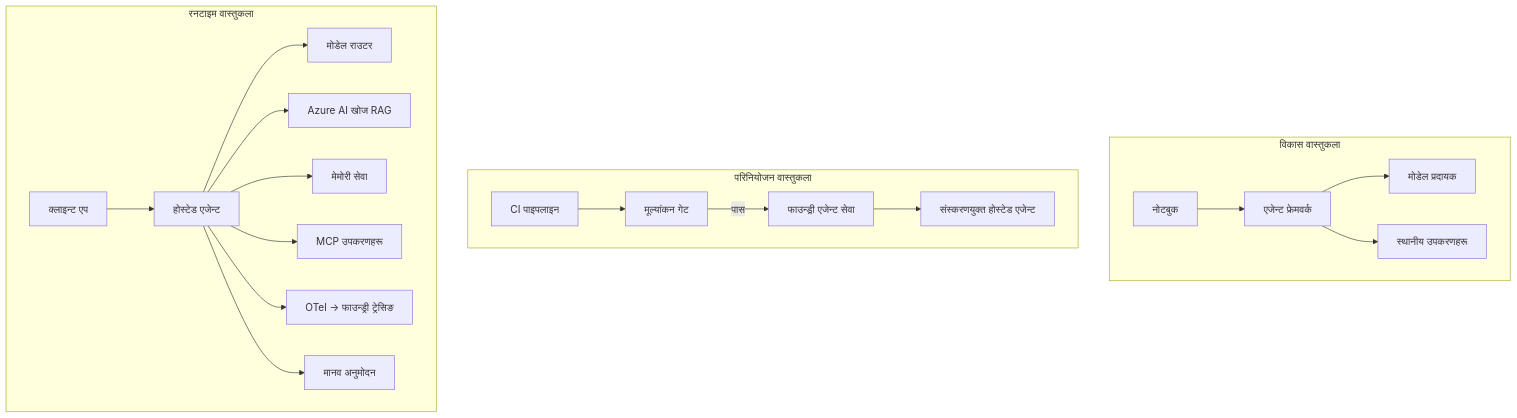
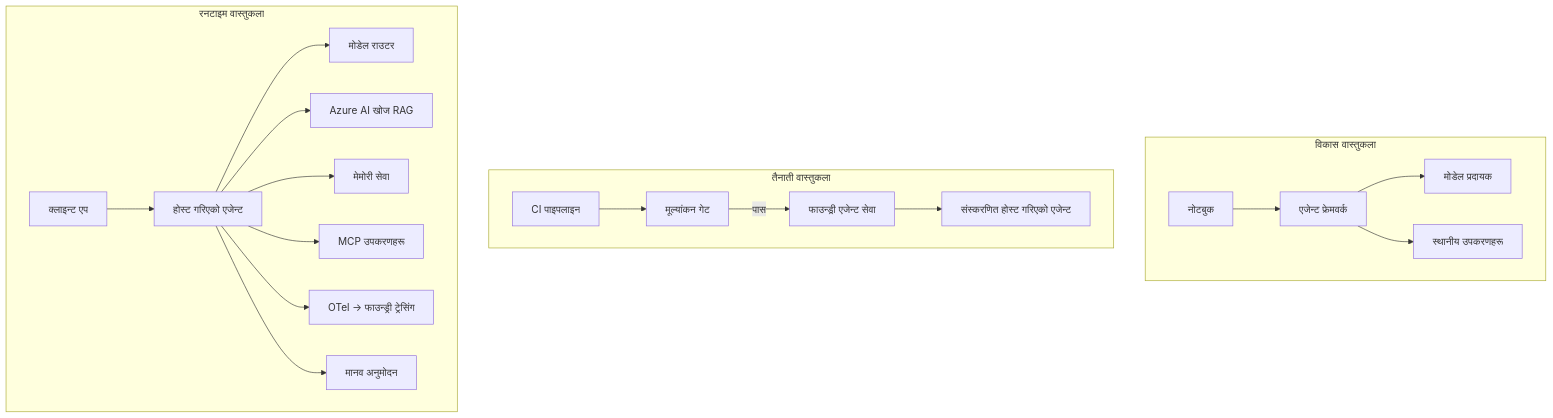
The fourth of 4 diagrams in translations/ne/16-deploying-scalable-agents/README.md (microsoft/ai-agents-for-beginners), drawn with Mermaid before and after one commit. The commit also changed other lines of this file and 45 other files, not shown here.

````diff
--- a/translations/ne/16-deploying-scalable-agents/README.md
+++ b/translations/ne/16-deploying-scalable-agents/README.md
@@ -185,22 +185,22 @@
 ```mermaid
 flowchart TB
     subgraph Dev[विकास वास्तुकला]
         D1[नोटबुक] --> D2[एजेन्ट फ्रेमवर्क]
         D2 --> D3[मोडेल प्रदायक]
         D2 --> D4[स्थानीय उपकरणहरू]
     end
-    subgraph Deploy[परिनियोजन वास्तुकला]
+    subgraph Deploy[तैनाती वास्तुकला]
         E1[CI पाइपलाइन] --> E2[मूल्यांकन गेट]
         E2 -->|पास| E3[फाउन्ड्री एजेन्ट सेवा]
-        E3 --> E4[संस्करणयुक्त होस्टेड एजेन्ट]
+        E3 --> E4[संस्करणित होस्ट गरिएको एजेन्ट]
     end
     subgraph Run[रनटाइम वास्तुकला]
-        F1[क्लाइन्ट एप] --> F2[होस्टेड एजेन्ट]
+        F1[क्लाइन्ट एप] --> F2[होस्ट गरिएको एजेन्ट]
         F2 --> F3[मोडेल राउटर]
         F2 --> F4[Azure AI खोज RAG]
         F2 --> F5[मेमोरी सेवा]
         F2 --> F6[MCP उपकरणहरू]
-        F2 --> F7[OTel -> फाउन्ड्री ट्रेसिङ]
+        F2 --> F7[OTel -> फाउन्ड्री ट्रेसिंग]
         F2 --> F8[मानव अनुमोदन]
     end
 ```
````
